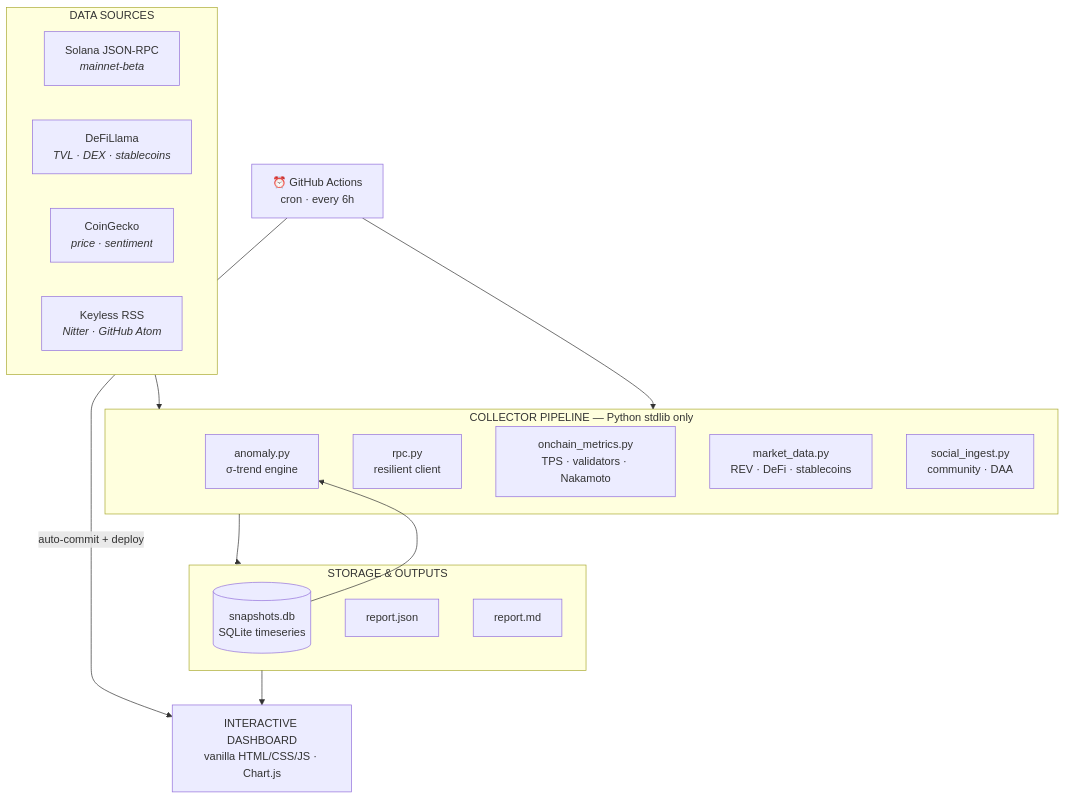
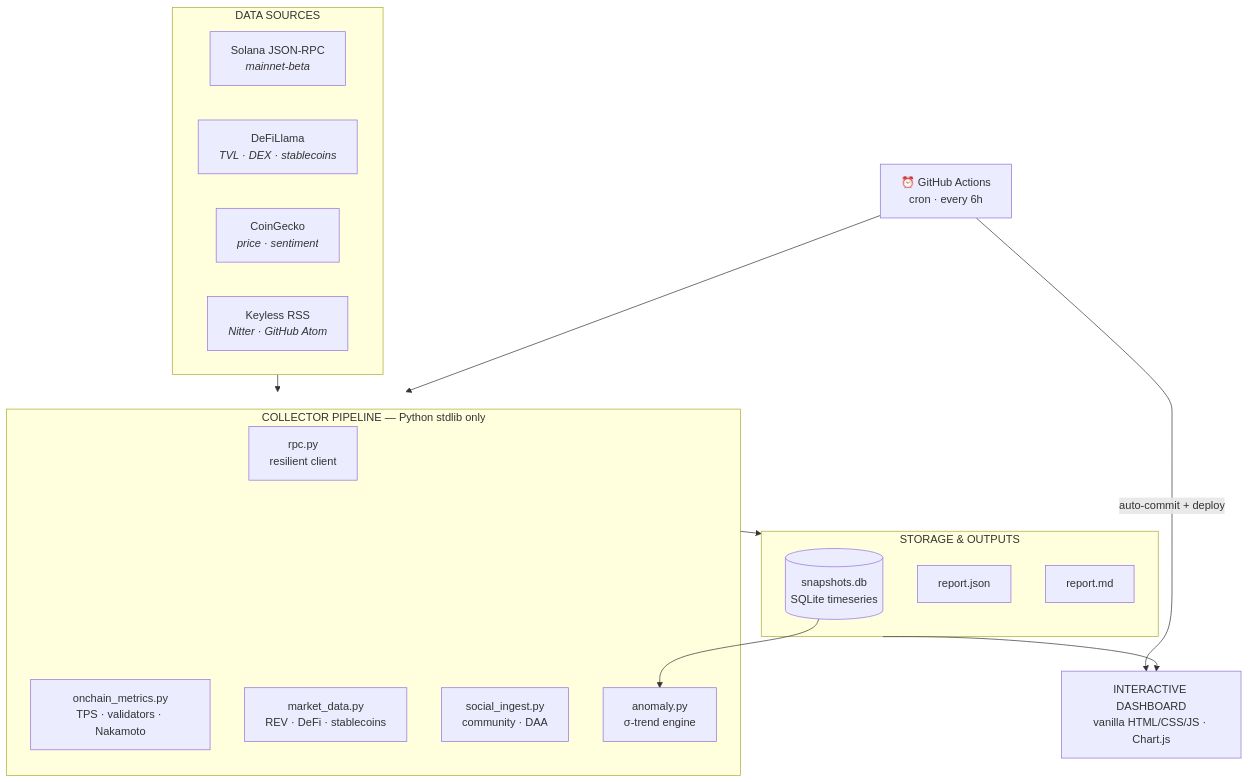
One commit to Edgywol/Solana_Ecosystem changed the diagram in README.md. Above: the diagram before and after it, drawn with Mermaid. The commit also changed other lines of this file and 1 other file, not shown here.

First line of the commit message:
fix(docs): restore mermaid and add mobile SVG fallback

````diff
--- a/README.md
+++ b/README.md
@@ -42,32 +42,32 @@
 ```mermaid
 flowchart TB
-    sources --> pipeline --> outputs
-    DB --> ANOMALY
-    outputs --> DASH
-    CRON --> pipeline
-    CRON -->|auto-commit + deploy| DASH
-
     subgraph sources["DATA SOURCES"]
         RPC["Solana JSON-RPC<br/><i>mainnet-beta</i>"]
         LLAMA["DeFiLlama<br/><i>TVL · DEX · stablecoins</i>"]
         CG["CoinGecko<br/><i>price · sentiment</i>"]
         RSS["Keyless RSS<br/><i>Nitter · GitHub Atom</i>"]
     end
 
     subgraph pipeline["COLLECTOR PIPELINE — Python stdlib only"]
         RPCCLIENT["rpc.py<br/>resilient client"]
         ONCHAIN["onchain_metrics.py<br/>TPS · validators · Nakamoto"]
         MARKET["market_data.py<br/>REV · DeFi · stablecoins"]
         SOCIAL["social_ingest.py<br/>community · DAA"]
         ANOMALY["anomaly.py<br/>σ-trend engine"]
     end
 
     subgraph outputs["STORAGE & OUTPUTS"]
         DB[("snapshots.db<br/>SQLite timeseries")]
         JSON["report.json"]
         MD["report.md"]
     end
 
     DASH["INTERACTIVE DASHBOARD<br/>vanilla HTML/CSS/JS · Chart.js"]
     CRON["⏰ GitHub Actions<br/>cron · every 6h"]
+
+    sources --> pipeline --> outputs
+    DB --> ANOMALY
+    outputs --> DASH
+    CRON --> pipeline
+    CRON -->|auto-commit + deploy| DASH
 ```
````
